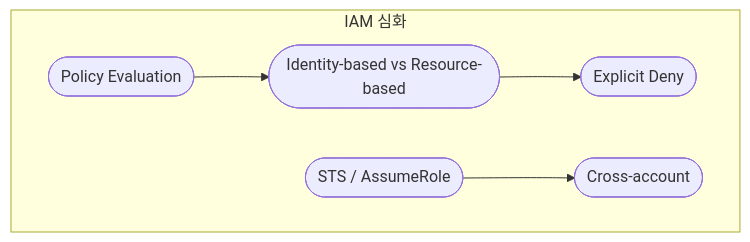
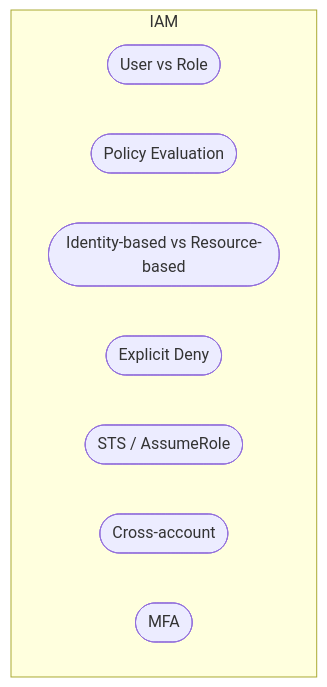
One commit to gwonmin/QuizNox_front changed the second of 5 diagrams in public/handbook/aws-common/overview.md. Above: the diagram before and after it, drawn with Mermaid. The commit also changed other lines of this file and 125 other files, not shown here.

````diff
--- a/public/handbook/aws-common/overview.md
+++ b/public/handbook/aws-common/overview.md
@@ -10,12 +24,12 @@
 ```mermaid
 flowchart TB
-  subgraph iam [IAM 심화]
+  subgraph iam [IAM]
+    UR([User vs Role])
     P([Policy Evaluation])
     I([Identity-based vs Resource-based])
     E([Explicit Deny])
     S([STS / AssumeRole])
     C([Cross-account])
+    M([MFA])
   end
-  P --> I --> E
-  S --> C
 ```
````
